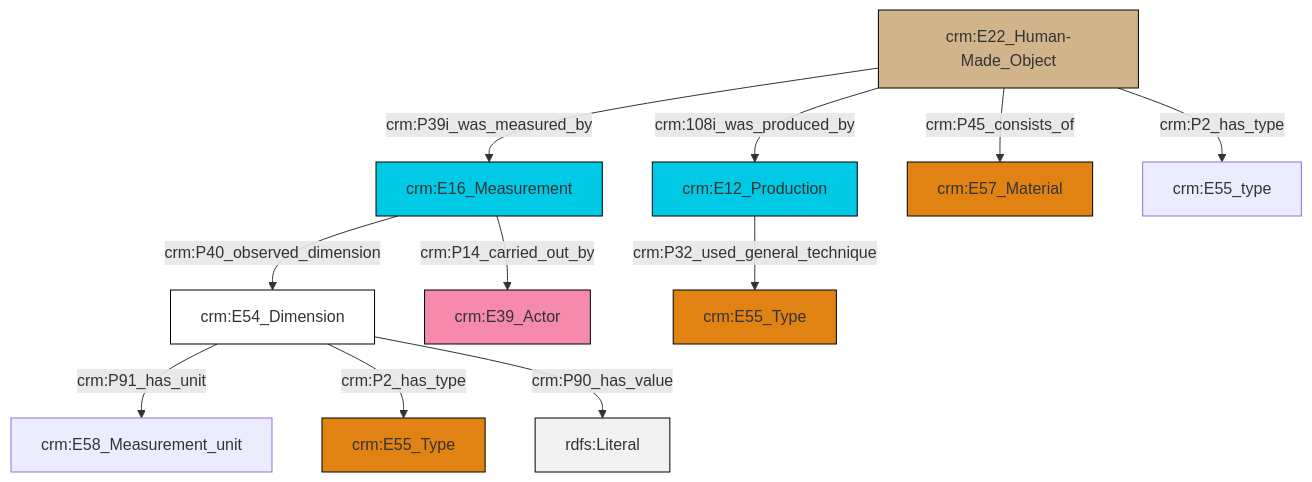
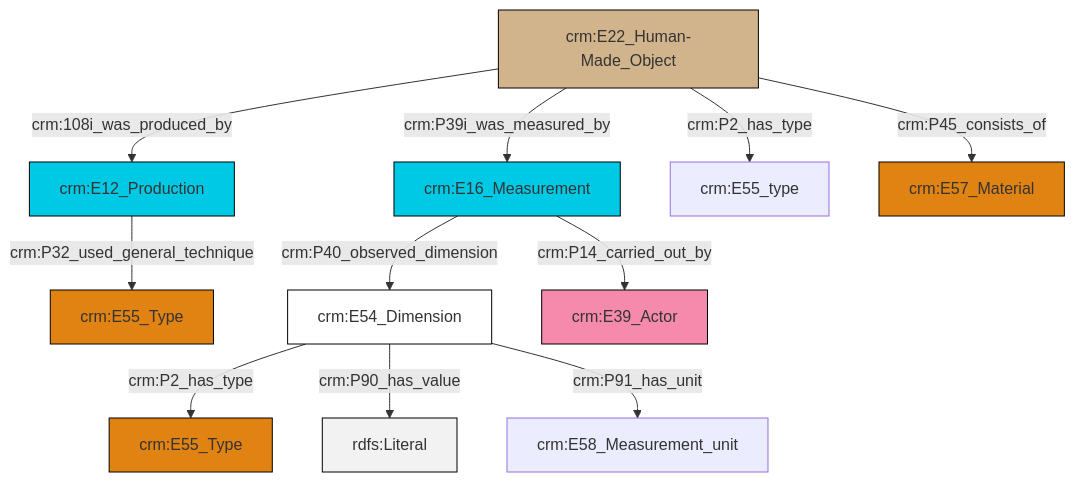
The diagram in et/artworkCSV/ttl/mmd/Artwork_substance.ttl.mmd (swiss-art-research-net/reference-data-models), drawn with Mermaid before and after one commit. The commit also changed 131 other files, not shown here.

```diff
--- a/et/artworkCSV/ttl/mmd/Artwork_substance.ttl.mmd
+++ b/et/artworkCSV/ttl/mmd/Artwork_substance.ttl.mmd
@@ -1,25 +1,25 @@
 graph TD
 classDef Literal fill:#f2f2f2,stroke:#000000;
 classDef CRM_Entity fill:#FFFFFF,stroke:#000000;
 classDef Temporal_Entity fill:#00C9E6, stroke:#000000;
 classDef Type fill:#E18312, stroke:#000000;
 classDef Time-Span fill:#2C9C91, stroke:#000000;
 classDef Appellation fill:#FFEB7F, stroke:#000000;
 classDef Place fill:#008836, stroke:#000000;
 classDef Persistent_Item fill:#B266B2, stroke:#000000;
 classDef Conceptual_Object fill:#FFD700, stroke:#000000;
 classDef Physical_Thing fill:#D2B48C, stroke:#000000;
 classDef Actor fill:#f58aad, stroke:#000000;
 classDef PC_Classes fill:#4ce600, stroke:#000000;
 classDef Multi fill:#cccccc,stroke:#000000;
 
-0["crm:E54_Dimension"]:::CRM_Entity -->|crm:P91_has_unit| 1["crm:E58_Measurement_unit"]:::Default
-2["crm:E16_Measurement"]:::Temporal_Entity -->|crm:P14_carried_out_by| 3["crm:E39_Actor"]:::Actor
-4["crm:E22_Human-Made_Object"]:::Physical_Thing -->|crm:108i_was_produced_by| 6["crm:E12_Production"]:::Temporal_Entity
-0["crm:E54_Dimension"]:::CRM_Entity -->|crm:P2_has_type| 14["crm:E55_Type"]:::Type
-2["crm:E16_Measurement"]:::Temporal_Entity -->|crm:P40_observed_dimension| 0["crm:E54_Dimension"]:::CRM_Entity
-4["crm:E22_Human-Made_Object"]:::Physical_Thing -->|crm:P45_consists_of| 11["crm:E57_Material"]:::Type
-4["crm:E22_Human-Made_Object"]:::Physical_Thing -->|crm:P2_has_type| 17["crm:E55_type"]:::Default
-0["crm:E54_Dimension"]:::CRM_Entity -->|crm:P90_has_value| 20[rdfs:Literal]:::Literal
-6["crm:E12_Production"]:::Temporal_Entity -->|crm:P32_used_general_technique| 8["crm:E55_Type"]:::Type
-4["crm:E22_Human-Made_Object"]:::Physical_Thing -->|crm:P39i_was_measured_by| 2["crm:E16_Measurement"]:::Temporal_Entity
+2["crm:E54_Dimension"]:::CRM_Entity -->|crm:P2_has_type| 4["crm:E55_Type"]:::Type
+5["crm:E22_Human-Made_Object"]:::Physical_Thing -->|crm:108i_was_produced_by| 6["crm:E12_Production"]:::Temporal_Entity
+5["crm:E22_Human-Made_Object"]:::Physical_Thing -->|crm:P39i_was_measured_by| 7["crm:E16_Measurement"]:::Temporal_Entity
+7["crm:E16_Measurement"]:::Temporal_Entity -->|crm:P14_carried_out_by| 11["crm:E39_Actor"]:::Actor
+2["crm:E54_Dimension"]:::CRM_Entity -->|crm:P90_has_value| 14[rdfs:Literal]:::Literal
+5["crm:E22_Human-Made_Object"]:::Physical_Thing -->|crm:P2_has_type| 8["crm:E55_type"]:::Default
+7["crm:E16_Measurement"]:::Temporal_Entity -->|crm:P40_observed_dimension| 2["crm:E54_Dimension"]:::CRM_Entity
+2["crm:E54_Dimension"]:::CRM_Entity -->|crm:P91_has_unit| 19["crm:E58_Measurement_unit"]:::Default
+5["crm:E22_Human-Made_Object"]:::Physical_Thing -->|crm:P45_consists_of| 15["crm:E57_Material"]:::Type
+6["crm:E12_Production"]:::Temporal_Entity -->|crm:P32_used_general_technique| 0["crm:E55_Type"]:::Type
```
